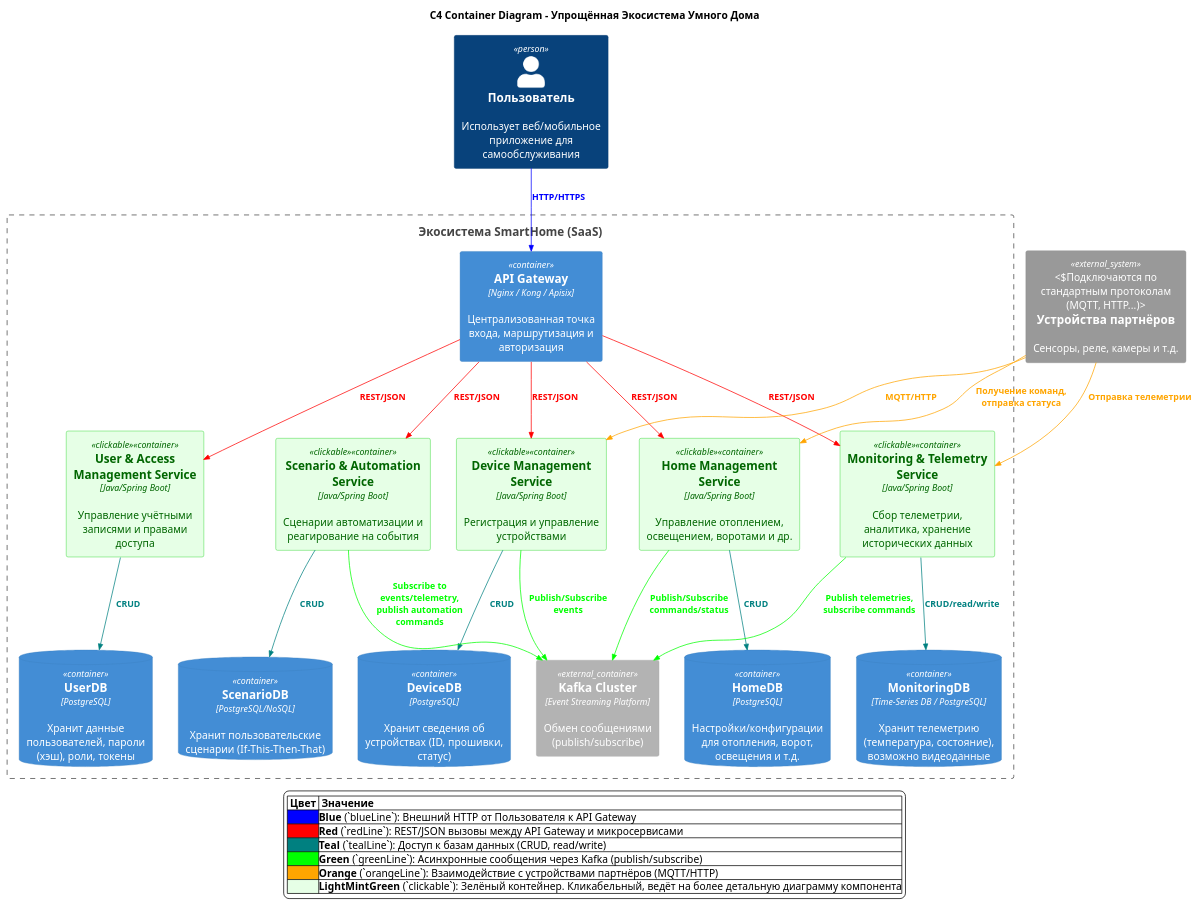
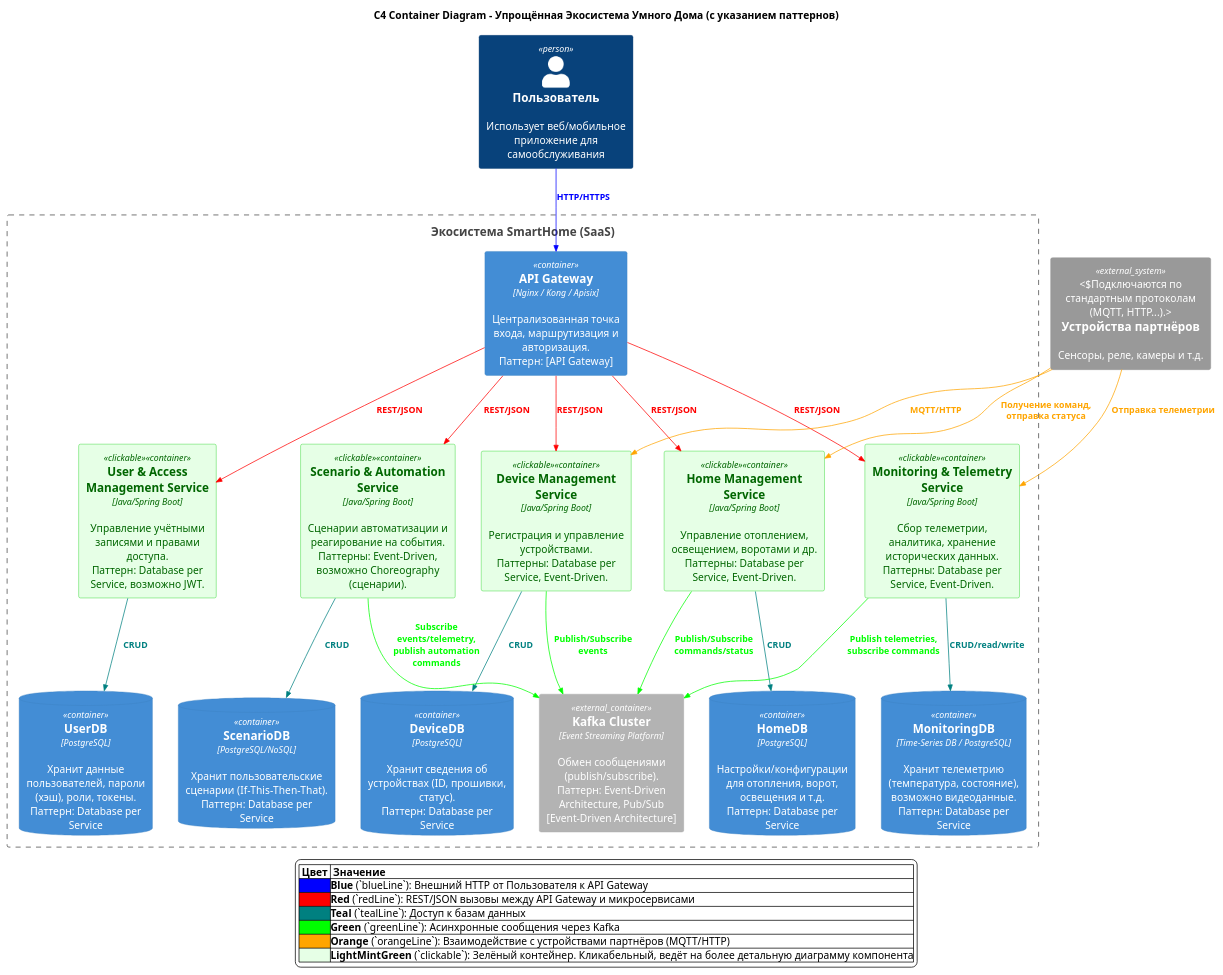
Before and after one commit to abryzgin/architecture-sprint-3: the diagram in docs/to_be/containers.puml, drawn with PlantUML. The commit also changed 5 other files, not shown here.

```diff
--- a/docs/to_be/containers.puml
+++ b/docs/to_be/containers.puml
@@ -1,81 +1,90 @@
 @startuml
 !include ../C4/C4_Container.puml
 
 ' Определение стилей для связей
 UpdateRelStyle(black, black)
 AddRelTag("blueLine", $lineColor="#0000FF", $textColor="#0000FF")
 AddRelTag("redLine", $lineColor="#FF0000", $textColor="#FF0000")
 AddRelTag("tealLine", $lineColor="#008080", $textColor="#008080")
 AddRelTag("greenLine", $lineColor="#00FF00", $textColor="#00FF00")
 AddRelTag("orangeLine", $lineColor="#FFA500", $textColor="#FFA500")
 AddElementTag("сlickable", $bgColor="#E6FFE6", $fontColor="#006600", $borderColor="#00CC00")
 
-title C4 Container Diagram – Упрощённая Экосистема Умного Дома
+title C4 Container Diagram – Упрощённая Экосистема Умного Дома (с указанием паттернов)
 
 ' --- Акторы и внешние системы ---
 Person(user, "Пользователь", "Использует веб/мобильное приложение для самообслуживания")
-System_Ext(partnerDevices, "Устройства партнёров", "Сенсоры, реле, камеры и т.д.", "Подключаются по стандартным протоколам (MQTT, HTTP...)")
+System_Ext(partnerDevices, "Устройства партнёров", "Сенсоры, реле, камеры и т.д.", "Подключаются по стандартным протоколам (MQTT, HTTP...).")
 
 ' --- Граница системы (SaaS) ---
 Boundary(Cloud, "Экосистема SmartHome (SaaS)") {
+
     ' API Gateway
-    Container(apiGateway, "API Gateway", "Nginx / Kong / Apisix", "Централизованная точка входа, маршрутизация и авторизация")
+    Container(apiGateway, "API Gateway", "Nginx / Kong / Apisix", "Централизованная точка входа, маршрутизация и авторизация.\nПаттерн: [API Gateway]") 
 
-    ' Шина сообщений
-    Container_Ext(kafka, "Kafka Cluster", "Event Streaming Platform", "Обмен сообщениями (publish/subscribe)")
+    ' Шина сообщений (Kafka)
+    Container_Ext(kafka, "Kafka Cluster", "Event Streaming Platform", "Обмен сообщениями (publish/subscribe).\nПаттерн: Event-Driven Architecture, Pub/Sub\n[Event-Driven Architecture]")
 
     ' -- Микросервисы --
-    Container(userService, "User & Access Management Service", "Java/Spring Boot", "Управление учётными записями и правами доступа", $link="component_us.puml", $tags="сlickable")
-    Container(deviceService, "Device Management Service", "Java/Spring Boot", "Регистрация и управление устройствами", $link="component_ds.puml", $tags="сlickable")
-    Container(homeService, "Home Management Service", "Java/Spring Boot", "Управление отоплением, освещением, воротами и др.", $link="component_hs.puml", $tags="сlickable")
-    Container(monitoringService, "Monitoring & Telemetry Service", "Java/Spring Boot", "Сбор телеметрии, аналитика, хранение исторических данных", $link="component_ms.puml", $tags="сlickable")
-    Container(scenarioService, "Scenario & Automation Service", "Java/Spring Boot", "Сценарии автоматизации и реагирование на события", $link="component_ss.puml", $tags="сlickable")
+    Container(userService, "User & Access Management Service", "Java/Spring Boot", "Управление учётными записями и правами доступа.\nПаттерн: Database per Service, возможно JWT.", $tags="сlickable", $link="component_us.puml")
+    
+    Container(deviceService, "Device Management Service", "Java/Spring Boot", "Регистрация и управление устройствами.\nПаттерны: Database per Service, Event-Driven.", $tags="сlickable", $link="component_ds.puml")
+    
+    Container(homeService, "Home Management Service", "Java/Spring Boot", "Управление отоплением, освещением, воротами и др.\nПаттерны: Database per Service, Event-Driven.", $tags="сlickable", $link="component_hs.puml")
+    
+    Container(monitoringService, "Monitoring & Telemetry Service", "Java/Spring Boot", "Сбор телеметрии, аналитика, хранение исторических данных.\nПаттерны: Database per Service, Event-Driven.", $tags="сlickable", $link="component_ms.puml")
+    
+    Container(scenarioService, "Scenario & Automation Service", "Java/Spring Boot", "Сценарии автоматизации и реагирование на события.\nПаттерны: Event-Driven, возможно Choreography (сценарии).", $tags="сlickable", $link="component_ss.puml")
 
     ' -- Базы данных (по сервису) --
-    ContainerDb(userDb, "UserDB", "PostgreSQL", "Хранит данные пользователей, пароли (хэш), роли, токены")
-    ContainerDb(deviceDb, "DeviceDB", "PostgreSQL", "Хранит сведения об устройствах (ID, прошивки, статус)")
-    ContainerDb(homeDb, "HomeDB", "PostgreSQL", "Настройки/конфигурации для отопления, ворот, освещения и т.д.")
-    ContainerDb(monitoringDb, "MonitoringDB", "Time-Series DB / PostgreSQL", "Хранит телеметрию (температура, состояние), возможно видеоданные")
-    ContainerDb(scenarioDb, "ScenarioDB", "PostgreSQL/NoSQL", "Хранит пользовательские сценарии (If-This-Then-That)")
+    ContainerDb(userDb, "UserDB", "PostgreSQL", "Хранит данные пользователей, пароли (хэш), роли, токены.\nПаттерн: Database per Service")
+
+    ContainerDb(deviceDb, "DeviceDB", "PostgreSQL", "Хранит сведения об устройствах (ID, прошивки, статус).\nПаттерн: Database per Service")
+
+    ContainerDb(homeDb, "HomeDB", "PostgreSQL", "Настройки/конфигурации для отопления, ворот, освещения и т.д.\nПаттерн: Database per Service")
+
+    ContainerDb(monitoringDb, "MonitoringDB", "Time-Series DB / PostgreSQL", "Хранит телеметрию (температура, состояние), возможно видеоданные.\nПаттерн: Database per Service")
+
+    ContainerDb(scenarioDb, "ScenarioDB", "PostgreSQL/NoSQL", "Хранит пользовательские сценарии (If-This-Then-That).\nПаттерн: Database per Service")
 
     ' --- Связи с использованием тегов ---
     Rel(user, apiGateway, "HTTP/HTTPS", $tags="blueLine")
-    
-    Rel(apiGateway, userService, "REST/JSON", $tags="redLine")
-    Rel(apiGateway, deviceService, "REST/JSON", $tags="redLine")
-    Rel(apiGateway, homeService, "REST/JSON", $tags="redLine")
+
+    Rel(apiGateway, userService,       "REST/JSON", $tags="redLine")
+    Rel(apiGateway, deviceService,     "REST/JSON", $tags="redLine")
+    Rel(apiGateway, homeService,       "REST/JSON", $tags="redLine")
     Rel(apiGateway, monitoringService, "REST/JSON", $tags="redLine")
-    Rel(apiGateway, scenarioService, "REST/JSON", $tags="redLine")
+    Rel(apiGateway, scenarioService,   "REST/JSON", $tags="redLine")
 
-    Rel(userService, userDb, "CRUD", $tags="tealLine")
-    Rel(deviceService, deviceDb, "CRUD", $tags="tealLine")
-    Rel(homeService, homeDb, "CRUD", $tags="tealLine")
+    Rel(userService, userDb,         "CRUD",             $tags="tealLine")
+    Rel(deviceService, deviceDb,     "CRUD",             $tags="tealLine")
+    Rel(homeService,   homeDb,       "CRUD",             $tags="tealLine")
     Rel(monitoringService, monitoringDb, "CRUD/read/write", $tags="tealLine")
-    Rel(scenarioService, scenarioDb, "CRUD", $tags="tealLine")
+    Rel(scenarioService, scenarioDb, "CRUD",             $tags="tealLine")
 
-    Rel(deviceService, kafka, "Publish/Subscribe events", $tags="greenLine")
-    Rel(homeService, kafka, "Publish/Subscribe commands/status", $tags="greenLine")
-    Rel(monitoringService, kafka, "Publish telemetries, subscribe commands", $tags="greenLine")
-    Rel(scenarioService, kafka, "Subscribe to events/telemetry, publish automation commands", $tags="greenLine")
+    Rel(deviceService,   kafka, "Publish/Subscribe events",                 $tags="greenLine")
+    Rel(homeService,     kafka, "Publish/Subscribe commands/status",        $tags="greenLine")
+    Rel(monitoringService,kafka, "Publish telemetries,\nsubscribe commands", $tags="greenLine")
+    Rel(scenarioService,  kafka, "Subscribe events/telemetry,\npublish automation commands", $tags="greenLine")
 
-    Rel(partnerDevices, deviceService, "MQTT/HTTP", $tags="orangeLine")
-    Rel(partnerDevices, homeService, "Получение команд, отправка статуса", $tags="orangeLine")
-    Rel(partnerDevices, monitoringService, "Отправка телеметрии", $tags="orangeLine")
+    Rel(partnerDevices, deviceService,    "MQTT/HTTP",                          $tags="orangeLine")
+    Rel(partnerDevices, homeService,      "Получение команд,\nотправка статуса", $tags="orangeLine")
+    Rel(partnerDevices, monitoringService,"Отправка телеметрии",                $tags="orangeLine")
 }
 
 skinparam legend {
   BackgroundColor #FFFFFF
   BorderColor #000000
   FontColor #000000
 }
 
 legend
 |= Цвет |= Значение |
 |<#0000FF>|**Blue** (`blueLine`): Внешний HTTP от Пользователя к API Gateway|
 |<#FF0000>|**Red** (`redLine`): REST/JSON вызовы между API Gateway и микросервисами|
-|<#008080>|**Teal** (`tealLine`): Доступ к базам данных (CRUD, read/write)|
-|<#00FF00>|**Green** (`greenLine`): Асинхронные сообщения через Kafka (publish/subscribe)|
+|<#008080>|**Teal** (`tealLine`): Доступ к базам данных|
+|<#00FF00>|**Green** (`greenLine`): Асинхронные сообщения через Kafka|
 |<#FFA500>|**Orange** (`orangeLine`): Взаимодействие с устройствами партнёров (MQTT/HTTP)|
 |<#E6FFE6>|**LightMintGreen** (`сlickable`): Зелёный контейнер. Кликабельный, ведёт на более детальную диаграмму компонента|
 end legend
 @enduml
```
